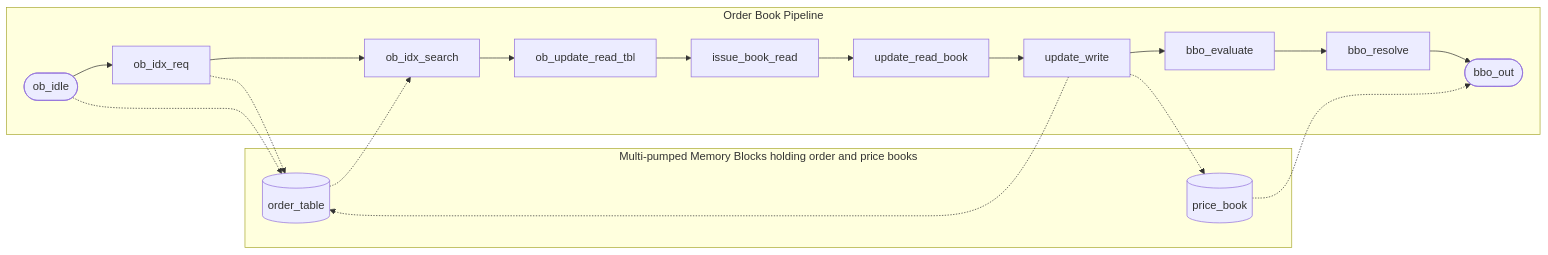
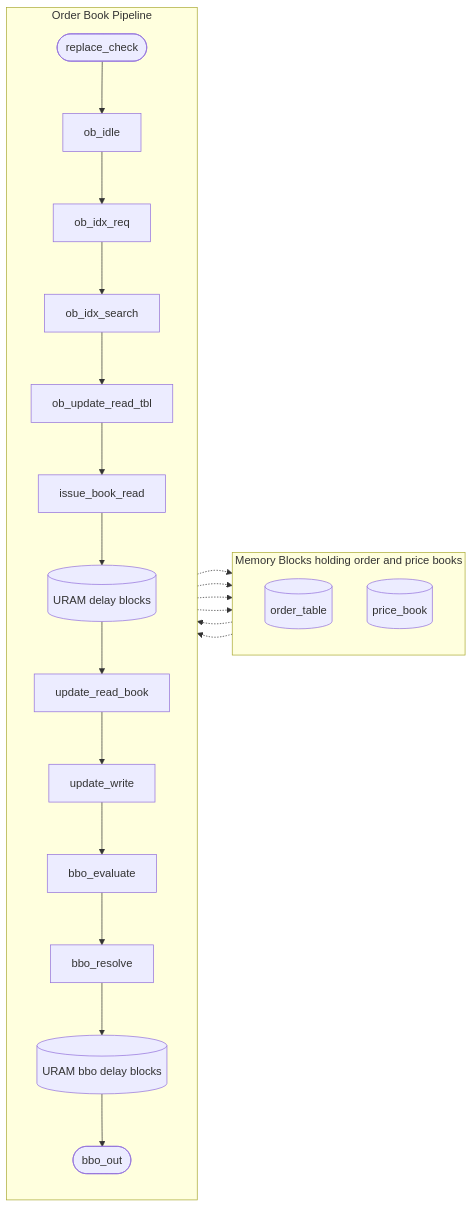
Before and after one commit to an-thony350/ITCH-Feed-Handler-and-Order-Book: the diagram in docs/pipelined_order_book.md, drawn with Mermaid. The commit also changed other lines of this file, not shown here.

Commit message:
[documentation] order book docs

````diff
--- a/docs/pipelined_order_book.md
+++ b/docs/pipelined_order_book.md
@@ -13,30 +15,35 @@
 ```mermaid
 flowchart LR
-    %% Data Stores
-    subgraph Data_Stores ["Multi-pumped Memory Blocks holding order and price books"]
+    %% Data Stores column
+    subgraph Data_Stores ["Memory Blocks holding order and price books"]
+        direction TB
         K[(order_table)]
         L[(price_book)]
     end
 
-    %% Pipeline States
+    %% Pipeline column (vertical flow keeps it compact)
     subgraph Pipeline ["Order Book Pipeline"]
-        A([ob_idle]) --> B[ob_idx_req]
+        direction TB
+        M([replace_check]) --> A[ob_idle]
+        A --> B[ob_idx_req]
         B --> C[ob_idx_search]
         C --> D[ob_update_read_tbl]
         D --> E[issue_book_read]
-        E --> F[update_read_book]
+        E --> N[(URAM delay blocks)]
+        N --> F[update_read_book]
         F --> G[update_write]
         G --> H[bbo_evaluate]
         H --> I[bbo_resolve]
-        I --> J([bbo_out])
+        I --> O[(URAM bbo delay blocks)]
+        O --> J([bbo_out])
     end
 
-    %% Table Interactions
+    %% Table Interactions (cross horizontally between columns)
     A -.-> K
     B -.-> K
     K -.-> C
     G -.-> K
     G -.-> L
     L -.-> J
 
 ```
````
